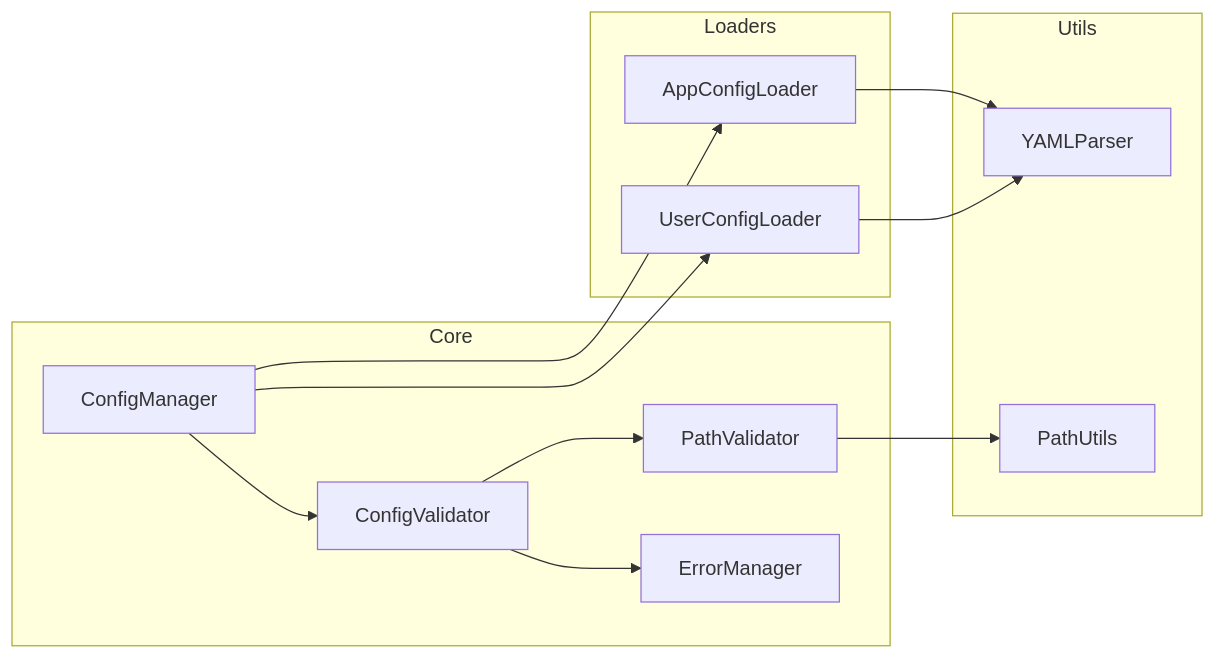
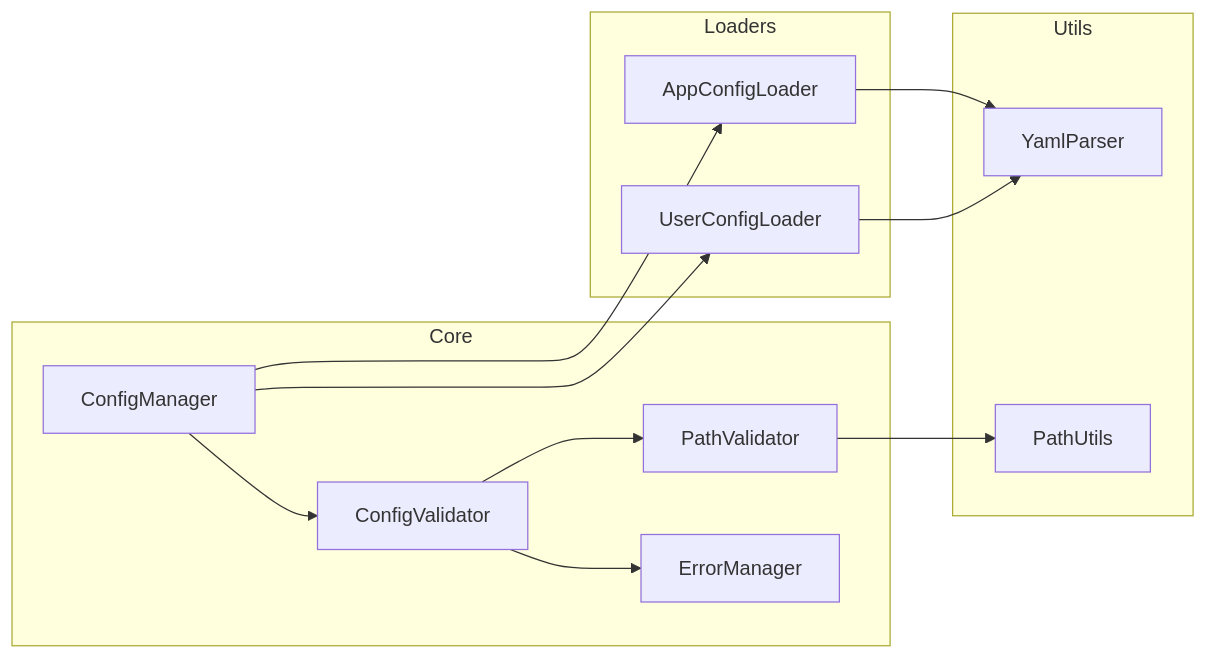
The diagram in README.ja.md (tettuan/breakdownconfig), drawn with Mermaid before and after one commit. The commit also changed 2 other files, not shown here.

Commit message:
refactor: change YAMLParser to YamlParser to follow camelCase convention

````diff
--- a/README.ja.md
+++ b/README.ja.md
@@ -18,25 +18,25 @@
 ```mermaid
 graph LR
     subgraph Core
         A[ConfigManager]
         B[ConfigValidator]
         C[PathValidator]
         D[ErrorManager]
     end
     subgraph Loaders
         E[AppConfigLoader]
         F[UserConfigLoader]
     end
     subgraph Utils
-        G[YAMLParser]
+        G[YamlParser]
         H[PathUtils]
     end
     A --> E
     A --> F
     E --> G
     F --> G
     A --> B
     B --> C
     B --> D
     C --> H
 ```
````
